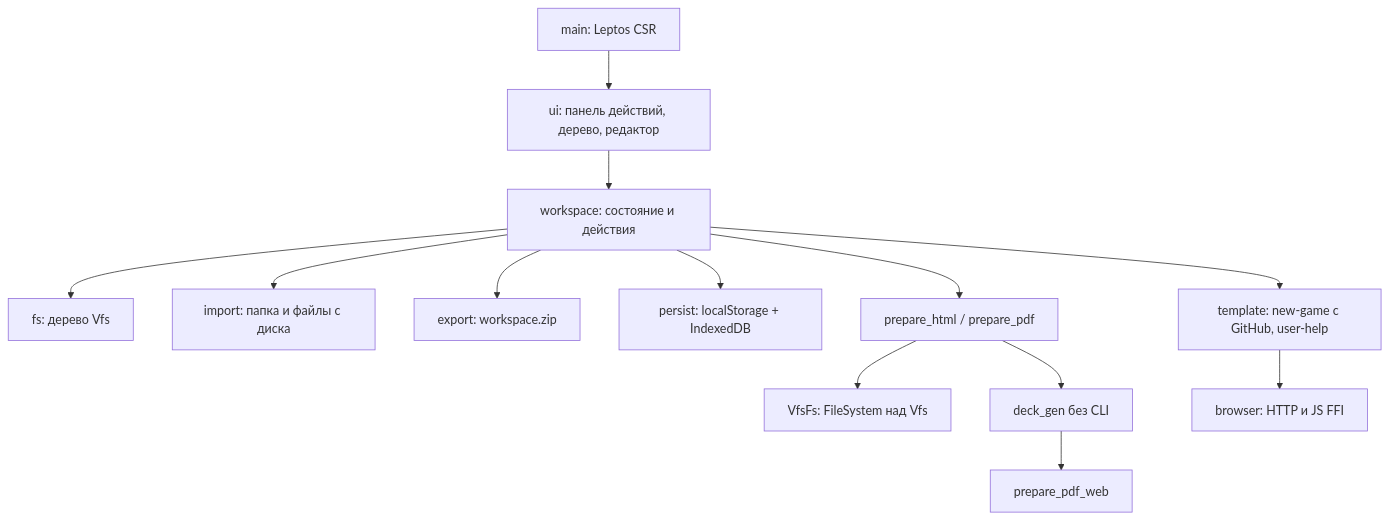
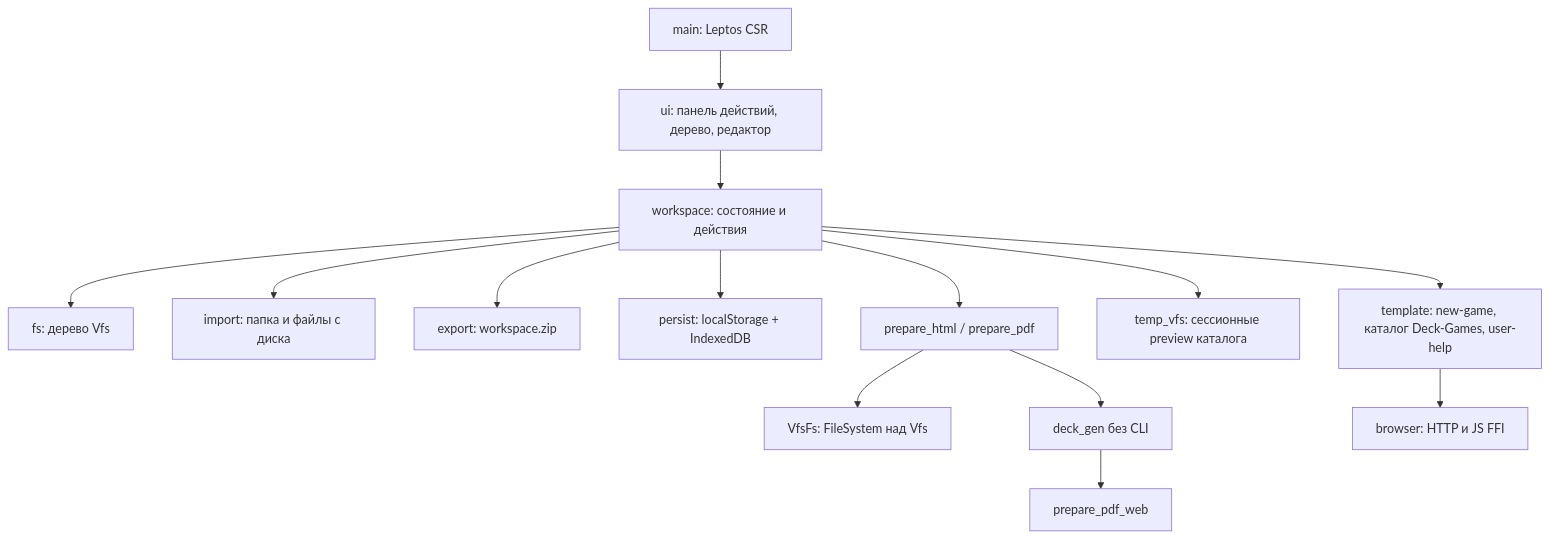
Before and after one commit to AlexeyPerestoronin/Game-deck-generator: the diagram in Projects/deck_gen_wasm/arch.mermaid, drawn with Mermaid. The commit also changed 27 other files, not shown here.

Commit message:
deck game catalog: iteration-4

```diff
--- a/Projects/deck_gen_wasm/arch.mermaid
+++ b/Projects/deck_gen_wasm/arch.mermaid
@@ -1,13 +1,14 @@
 flowchart TB
   MAIN["main: Leptos CSR"] --> UI["ui: панель действий, дерево, редактор"]
   UI --> WS["workspace: состояние и действия"]
   WS --> VFS["fs: дерево Vfs"]
   WS --> IMP["import: папка и файлы с диска"]
   WS --> EXP["export: workspace.zip"]
   WS --> PER["persist: localStorage + IndexedDB"]
-  WS --> TPL["template: new-game с GitHub, user-help"]
+  WS --> TPL["template: new-game, каталог Deck-Games, user-help"]
+  WS --> TEMP["temp_vfs: сессионные preview каталога"]
   WS --> PREP["prepare_html / prepare_pdf"]
   PREP --> VFSFS["VfsFs: FileSystem над Vfs"]
   PREP --> DG["deck_gen без CLI"]
   DG --> WEB["prepare_pdf_web"]
   TPL --> BR["browser: HTTP и JS FFI"]
```
